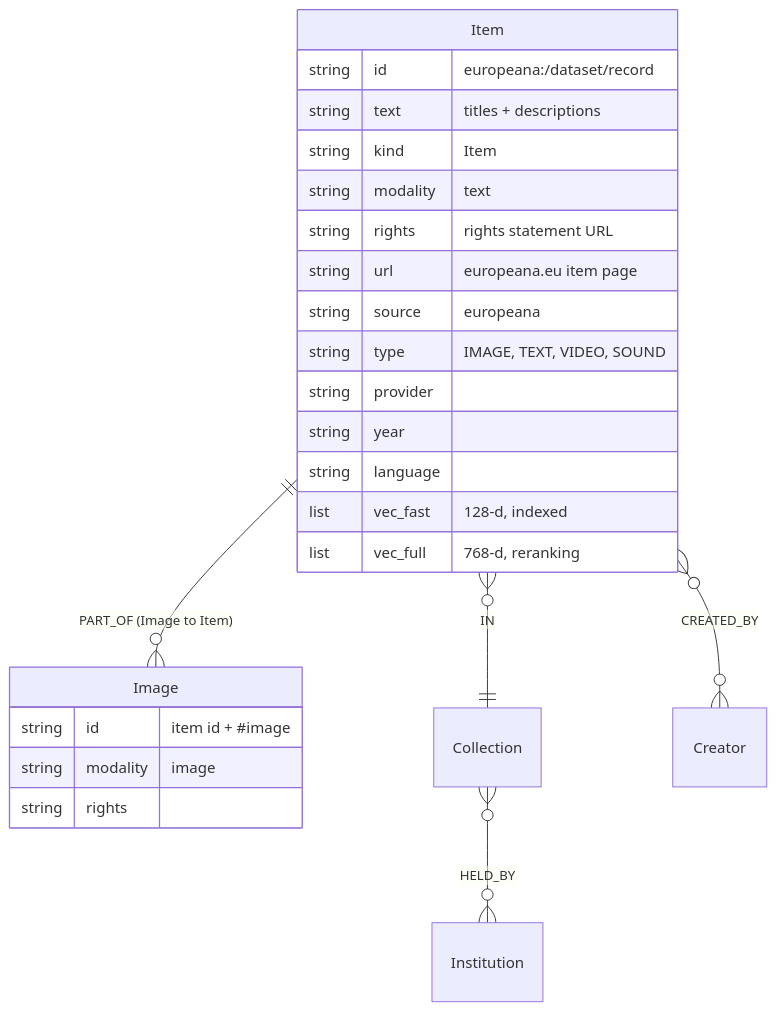
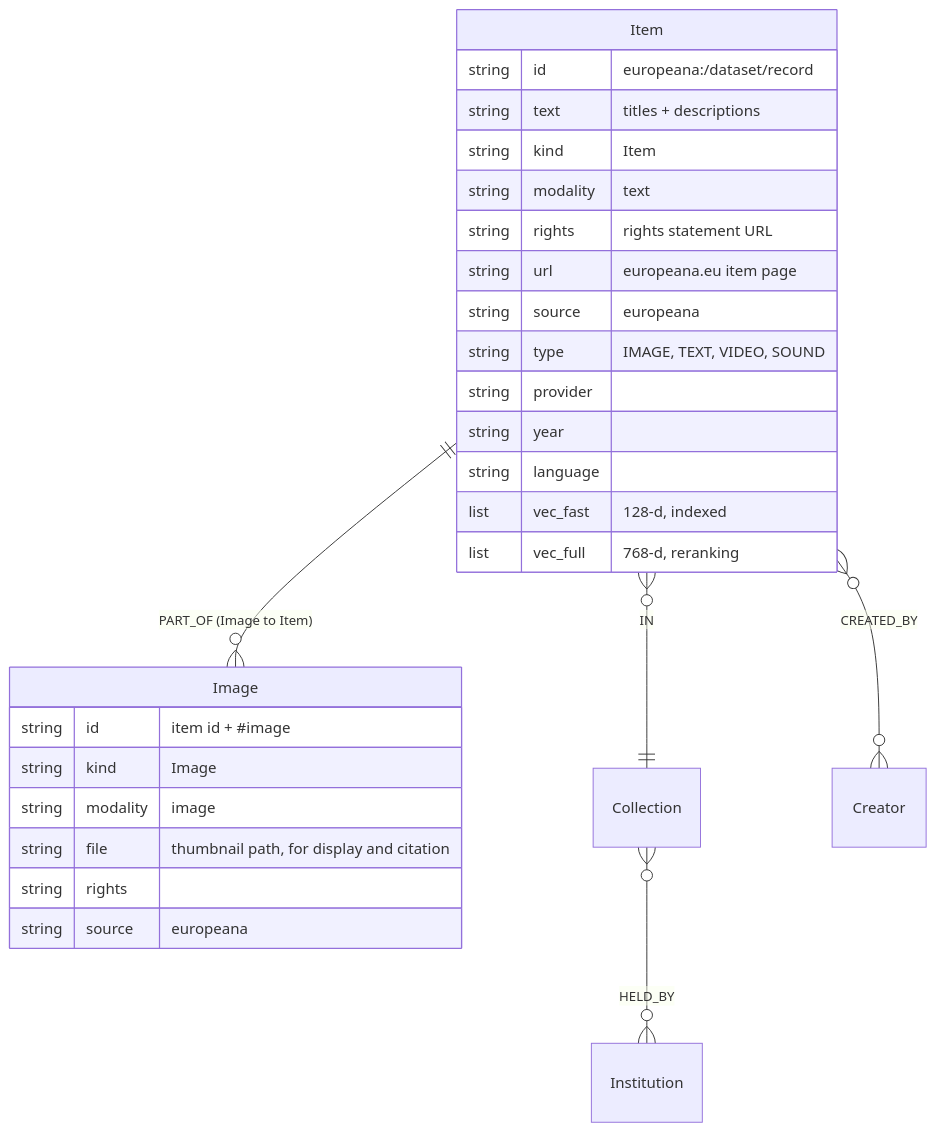
Before and after one commit to teamworxAI/campus-ai: the sixth of 7 diagrams in docs/architecture.md, drawn with Mermaid. The commit also changed other lines of this file and 8 other files, not shown here.

````diff
--- a/docs/architecture.md
+++ b/docs/architecture.md
@@ -253,27 +306,30 @@
 ```mermaid
 erDiagram
     Item ||--o{ Image : "PART_OF (Image to Item)"
     Item }o--|| Collection : IN
     Collection }o--o{ Institution : HELD_BY
     Item }o--o{ Creator : CREATED_BY
     Item {
         string id "europeana:/dataset/record"
         string text "titles + descriptions"
         string kind "Item"
         string modality "text"
         string rights "rights statement URL"
         string url "europeana.eu item page"
         string source "europeana"
         string type "IMAGE, TEXT, VIDEO, SOUND"
         string provider
         string year
         string language
         list vec_fast "128-d, indexed"
         list vec_full "768-d, reranking"
     }
     Image {
         string id "item id + #image"
+        string kind "Image"
         string modality "image"
+        string file "thumbnail path, for display and citation"
         string rights
+        string source "europeana"
     }
 ```
````
